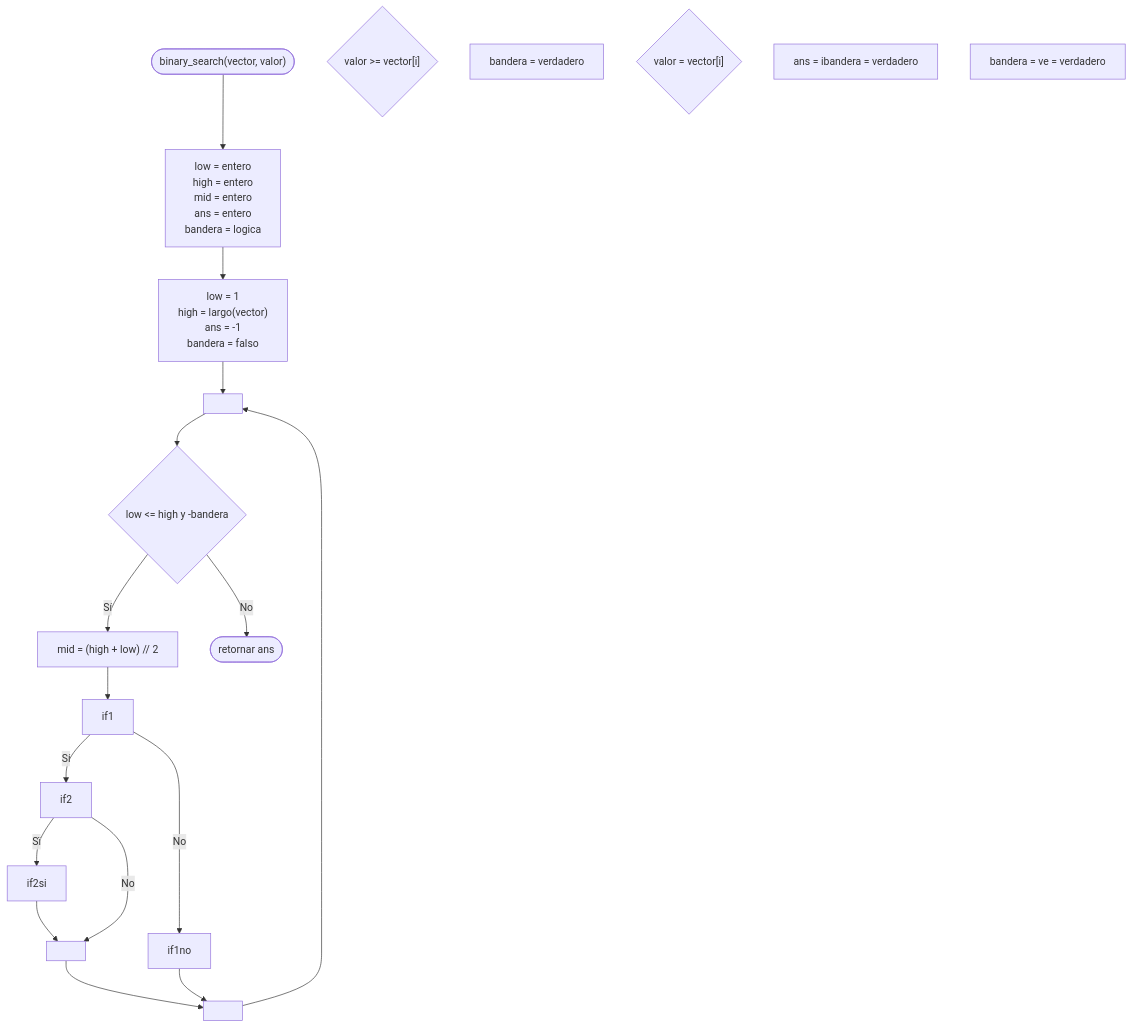
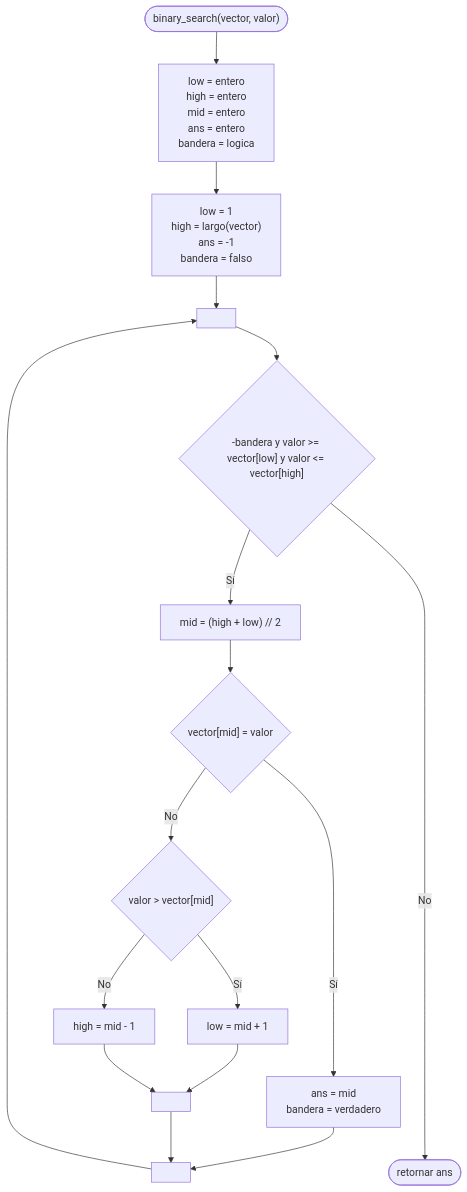
The diagram in Algoritmos y Estructuras de Datos/Búsqueda binaria.md (martinstanicio/ingenieria-en-sistemas), drawn with Mermaid before and after one commit. The commit also changed other lines of this file and 1 other file, not shown here.

Commit message:
vault backup: 2024-09-17 21:57:51

````diff
--- a/Algoritmos y Estructuras de Datos/Búsqueda binaria.md
+++ b/Algoritmos y Estructuras de Datos/Búsqueda binaria.md
@@ -34,38 +34,39 @@
 ```mermaid
 flowchart TB
 	comienzo(["binary_search(vector, valor)"])
     
 	variables["`low = entero
     high = entero
     mid = entero
     ans = entero
     bandera = logica`"]
 	
 	inicializar["`low = 1
 	high = largo(vector)
     ans = -1
     bandera = falso`"]
 	
-	while{"low <= high y -bandera"}
+	while{"-bandera y valor >= vector[low] y valor <= vector[high]"}
 	mid["mid = (high + low) // 2"]
-	if{"valor >= vector[i]"}
-	low["bandera = verdadero"]
-	elif{"valor = vector[i]"}
-	high["ans = ibandera = verdadero"]
-	ans["`bandera = ve = verdadero`"]
+	if1{"vector[mid] = valor"}
+	if1si["`ans = mid
+	bandera = verdadero`"]
+	if2{"valor > vector[mid]"}
+	if2si["low = mid + 1"]
+	if2no["high = mid - 1"]
 		
 	fin(["retornar ans"])
 	
 	a[" "]
 	b[" "]
 	c[" "]
     
 	comienzo --> variables --> inicializar --> a --> while
 	while -- "Sí" --> mid --> if1
-	if1 -- "Sí" --> if2
-	if2 -- "Sï" --> if2si --> b
-	if2 -- "No" --> b
-	b --> c
-	if1 -- "No" --> if1no --> c --> a
-	while -- "No" --> fin
+	if1 -- "Sí" --> if1si --> b
+	if1 -- "No" --> if2
+	if2 -- "Sí" --> if2si --> c
+	if2 -- "No" --> if2no --> c
+	c --> b --> a
+	while -- "No" -------> fin
 ```
````
